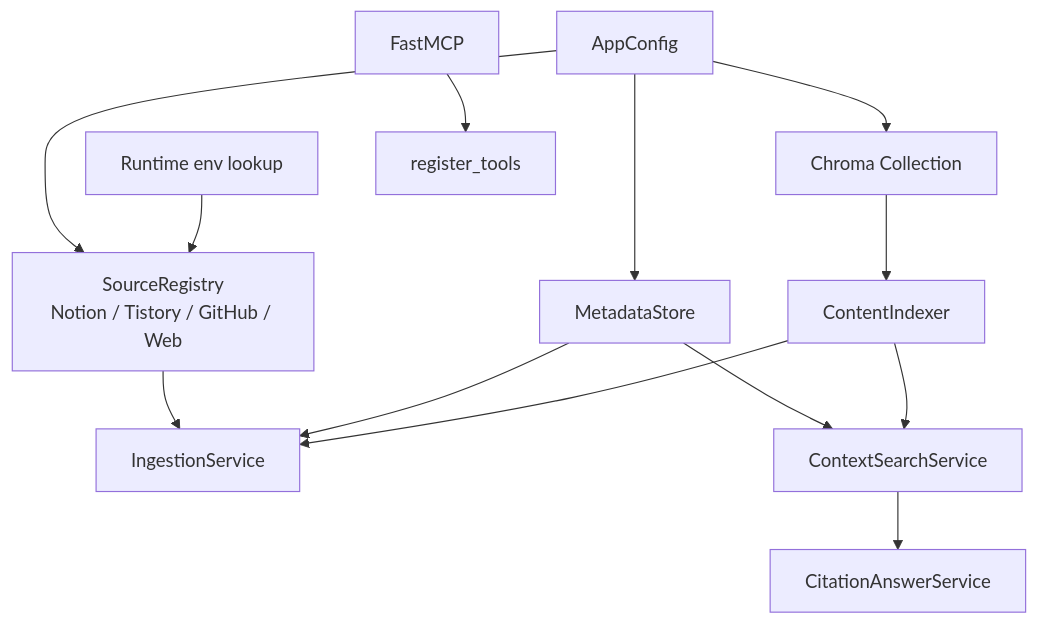
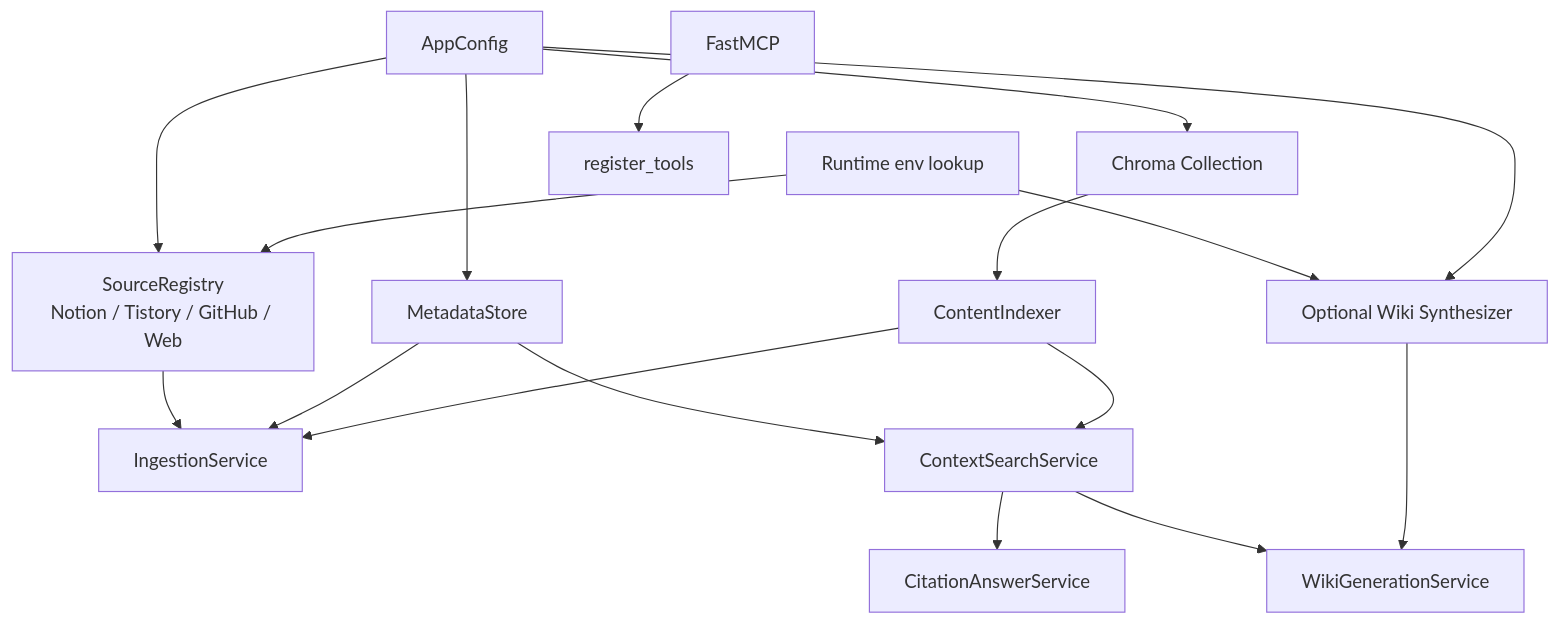
One commit to eunhwa99/MCPContentSearch changed the sixth of 6 diagrams in docs/contextwiki-core-understanding.md. Above: the diagram before and after it, drawn with Mermaid. The commit also changed other lines of this file and 16 other files, not shown here.

````diff
--- a/docs/contextwiki-core-understanding.md
+++ b/docs/contextwiki-core-understanding.md
@@ -664,27 +672,33 @@
 ```mermaid
 flowchart TD
     Config["AppConfig"]
     Runtime["Runtime env lookup"]
     Chroma["Chroma Collection"]
     Indexer["ContentIndexer"]
     Store["MetadataStore"]
     Registry["SourceRegistry<br/>Notion / Tistory / GitHub / Web"]
     Ingestion["IngestionService"]
     ContextSearch["ContextSearchService"]
     Answer["CitationAnswerService"]
+    WikiSynth["Optional Wiki Synthesizer"]
+    Wiki["WikiGenerationService"]
     MCP["FastMCP"]
     Tools["register_tools"]
 
     Config --> Chroma
     Config --> Registry
     Runtime --> Registry
     Chroma --> Indexer
     Config --> Store
     Registry --> Ingestion
     Store --> Ingestion
     Indexer --> Ingestion
     Store --> ContextSearch
     Indexer --> ContextSearch
     ContextSearch --> Answer
+    Runtime --> WikiSynth
+    Config --> WikiSynth
+    ContextSearch --> Wiki
+    WikiSynth --> Wiki
     MCP --> Tools
 ```
````
